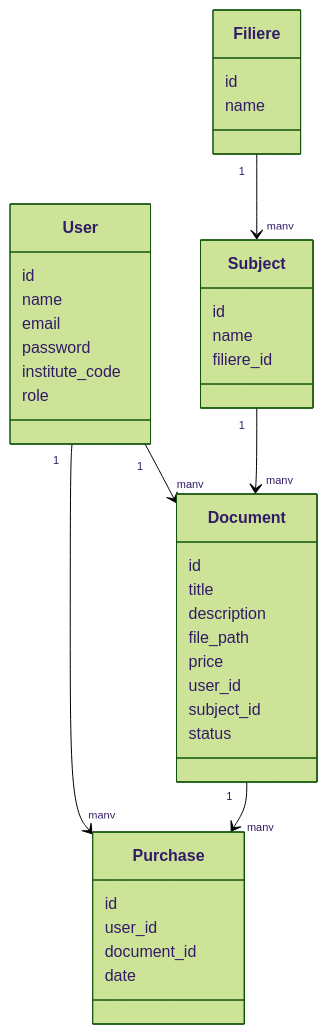
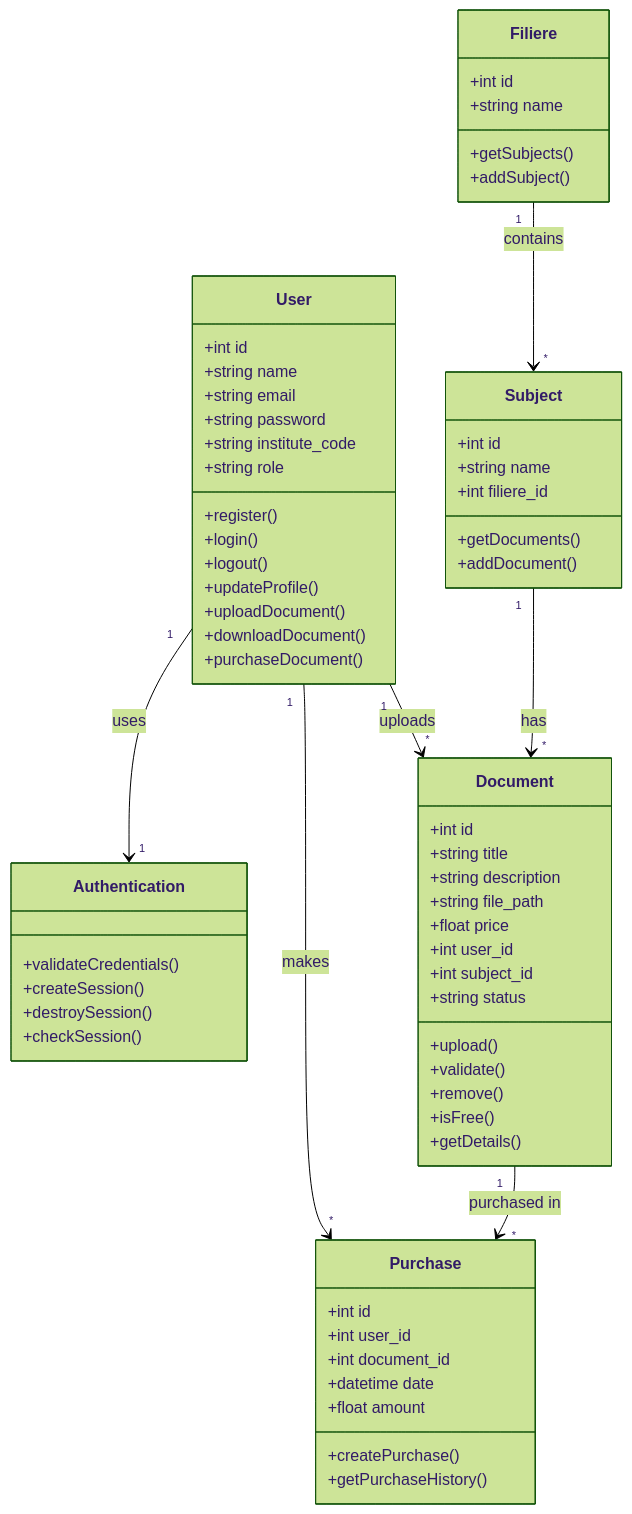
Before and after one commit to quinn618/WebProject: the diagram in conception/class.md, drawn with Mermaid (forest theme). The commit also changed 1 other file, not shown here.

Commit message:
edited the diagram codes

````diff
--- a/conception/class.md
+++ b/conception/class.md
@@ -3,47 +1,74 @@
 ```mermaid
 classDiagram
 
 class User {
-  id
-  name
-  email
-  password
-  institute_code
-  role
+  +int id
+  +string name
+  +string email
+  +string password
+  +string institute_code
+  +string role
+  +register()
+  +login()
+  +logout()
+  +updateProfile()
+  +uploadDocument()
+  +downloadDocument()
+  +purchaseDocument()
 }
 
 class Filiere {
-  id
-  name
+  +int id
+  +string name
+  +getSubjects()
+  +addSubject()
 }
 
 class Subject {
-  id
-  name
-  filiere_id
+  +int id
+  +string name
+  +int filiere_id
+  +getDocuments()
+  +addDocument()
 }
 
 class Document {
-  id
-  title
-  description
-  file_path
-  price
-  user_id
-  subject_id
-  status
+  +int id
+  +string title
+  +string description
+  +string file_path
+  +float price
+  +int user_id
+  +int subject_id
+  +string status
+  +upload()
+  +validate()
+  +remove()
+  +isFree()
+  +getDetails()
 }
 
 class Purchase {
-  id
-  user_id
-  document_id
-  date
+  +int id
+  +int user_id
+  +int document_id
+  +datetime date
+  +float amount
+  +createPurchase()
+  +getPurchaseHistory()
 }
 
-Filiere "1" --> "many" Subject
-Subject "1" --> "many" Document
-User "1" --> "many" Document
-User "1" --> "many" Purchase
-Document "1" --> "many" Purchase
+class Authentication {
+  +validateCredentials()
+  +createSession()
+  +destroySession()
+  +checkSession()
+}
+
+Filiere "1" --> "*" Subject : contains
+Subject "1" --> "*" Document : has
+User "1" --> "*" Document : uploads
+User "1" --> "*" Purchase : makes
+Document "1" --> "*" Purchase : purchased in
+User "1" --> "1" Authentication : uses
 ```
````
